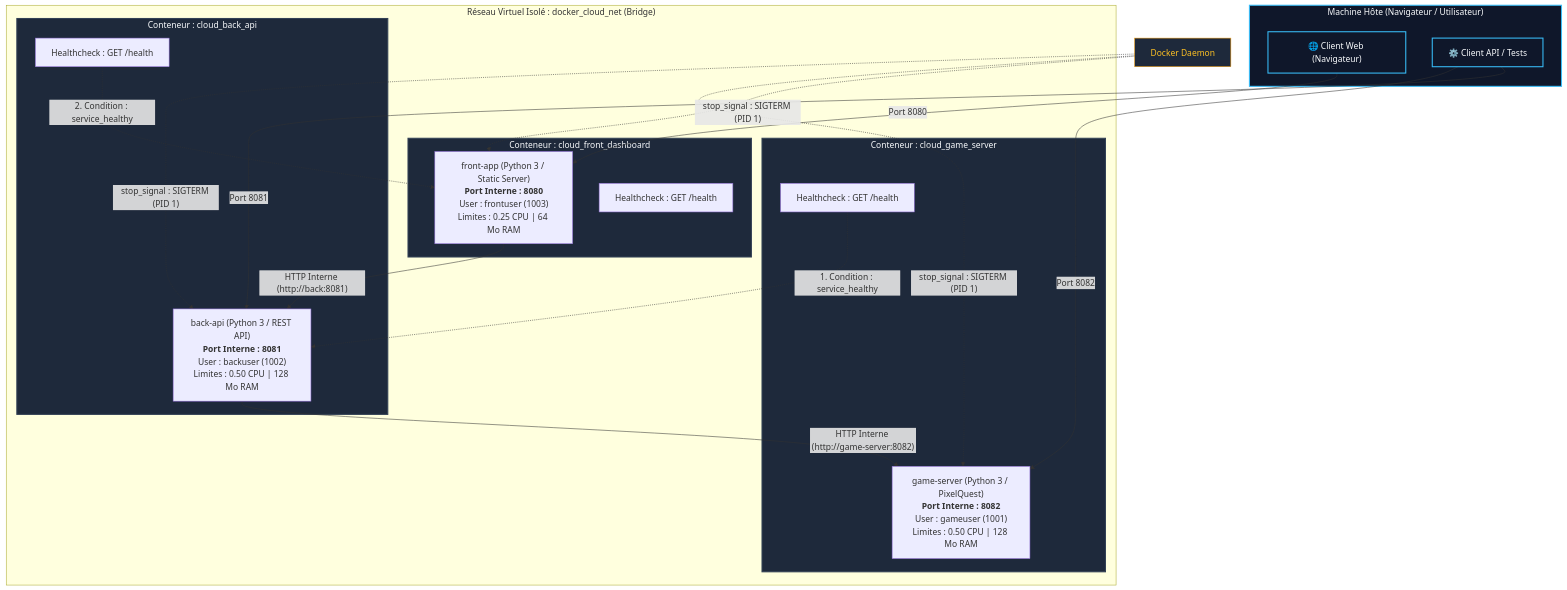
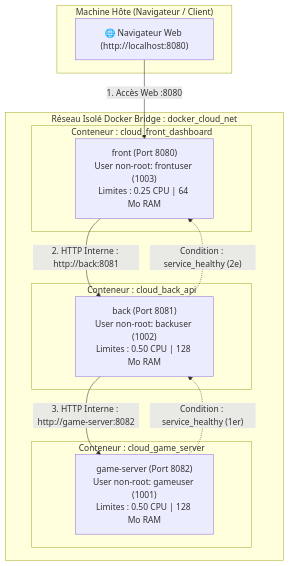
Before and after one commit to Syrioth/Training_Docker: the diagram in architecture.mermaid, drawn with Mermaid. The commit also changed 13 other files, not shown here.

Commit message:
feat: simplify submission version to clean, sober Hello World architecture meeting 100% of rubric criteria

````diff
--- a/architecture.mermaid
+++ b/architecture.mermaid
@@ -1,49 +1,30 @@
 ```mermaid
 flowchart TD
-    %% Architecture Docker Cloud - Master M1
-    subgraph Host["Machine Hôte (Navigateur / Utilisateur)"]
-        UserBrowser["🌐 Client Web (Navigateur)"]
-        CurlTest["⚙️ Client API / Tests"]
+    %% Architecture Docker Cloud - Master M1 (Hello World)
+    subgraph MachineHote["Machine Hôte (Navigateur / Client)"]
+        Browser["🌐 Navigateur Web (http://localhost:8080)"]
     end
 
-    subgraph DockerBridge["Réseau Virtuel Isolé : docker_cloud_net (Bridge)"]
+    subgraph ReseauDocker["Réseau Isolé Docker Bridge : docker_cloud_net"]
         subgraph FrontContainer["Conteneur : cloud_front_dashboard"]
-            FrontApp["front-app (Python 3 / Static Server)<br/><b>Port Interne : 8080</b><br/>User : frontuser (1003)<br/>Limites : 0.25 CPU | 64 Mo RAM"]
-            FrontHealth["Healthcheck : GET /health"]
+            Front["front (Port 8080)<br/>User non-root: frontuser (1003)<br/>Limites : 0.25 CPU | 64 Mo RAM"]
         end
 
         subgraph BackContainer["Conteneur : cloud_back_api"]
-            BackApp["back-api (Python 3 / REST API)<br/><b>Port Interne : 8081</b><br/>User : backuser (1002)<br/>Limites : 0.50 CPU | 128 Mo RAM"]
-            BackHealth["Healthcheck : GET /health"]
+            Back["back (Port 8081)<br/>User non-root: backuser (1002)<br/>Limites : 0.50 CPU | 128 Mo RAM"]
         end
 
         subgraph GameContainer["Conteneur : cloud_game_server"]
-            GameApp["game-server (Python 3 / PixelQuest)<br/><b>Port Interne : 8082</b><br/>User : gameuser (1001)<br/>Limites : 0.50 CPU | 128 Mo RAM"]
-            GameHealth["Healthcheck : GET /health"]
+            Game["game-server (Port 8082)<br/>User non-root: gameuser (1001)<br/>Limites : 0.50 CPU | 128 Mo RAM"]
         end
     end
 
     %% Flux réseau
-    UserBrowser -->|"Port 8080"| FrontApp
-    CurlTest -->|"Port 8081"| BackApp
-    CurlTest -->|"Port 8082"| GameApp
+    Browser -->|"1. Accès Web :8080"| Front
+    Front -->|"2. HTTP Interne : http://back:8081"| Back
+    Back -->|"3. HTTP Interne : http://game-server:8082"| Game
 
-    FrontApp -->|"HTTP Interne (http://back:8081)"| BackApp
-    BackApp -->|"HTTP Interne (http://game-server:8082)"| GameApp
-
-    %% Ordre de démarrage séquentiel
-    GameHealth -.->|"1. Condition : service_healthy"| BackApp
-    BackHealth -.->|"2. Condition : service_healthy"| FrontApp
-
-    %% Signaux
-    DockerDaemon["Docker Daemon"] -.->|"stop_signal : SIGTERM (PID 1)"| FrontApp
-    DockerDaemon -.->|"stop_signal : SIGTERM (PID 1)"| BackApp
-    DockerDaemon -.->|"stop_signal : SIGTERM (PID 1)"| GameApp
-
-    classDef host fill:#0f172a,stroke:#38bdf8,stroke-width:2px,color:#f8fafc;
-    classDef container fill:#1e293b,stroke:#334155,stroke-width:2px,color:#f8fafc;
-    classDef daemon fill:#1e293b,stroke:#f59e0b,stroke-width:1px,color:#fbbf24;
-    class Host,UserBrowser,CurlTest host;
-    class FrontContainer,BackContainer,GameContainer container;
-    class DockerDaemon daemon;
+    %% Ordre de démarrage garanti
+    Game -.->|"Condition : service_healthy (1er)"| Back
+    Back -.->|"Condition : service_healthy (2e)"| Front
 ```
````
